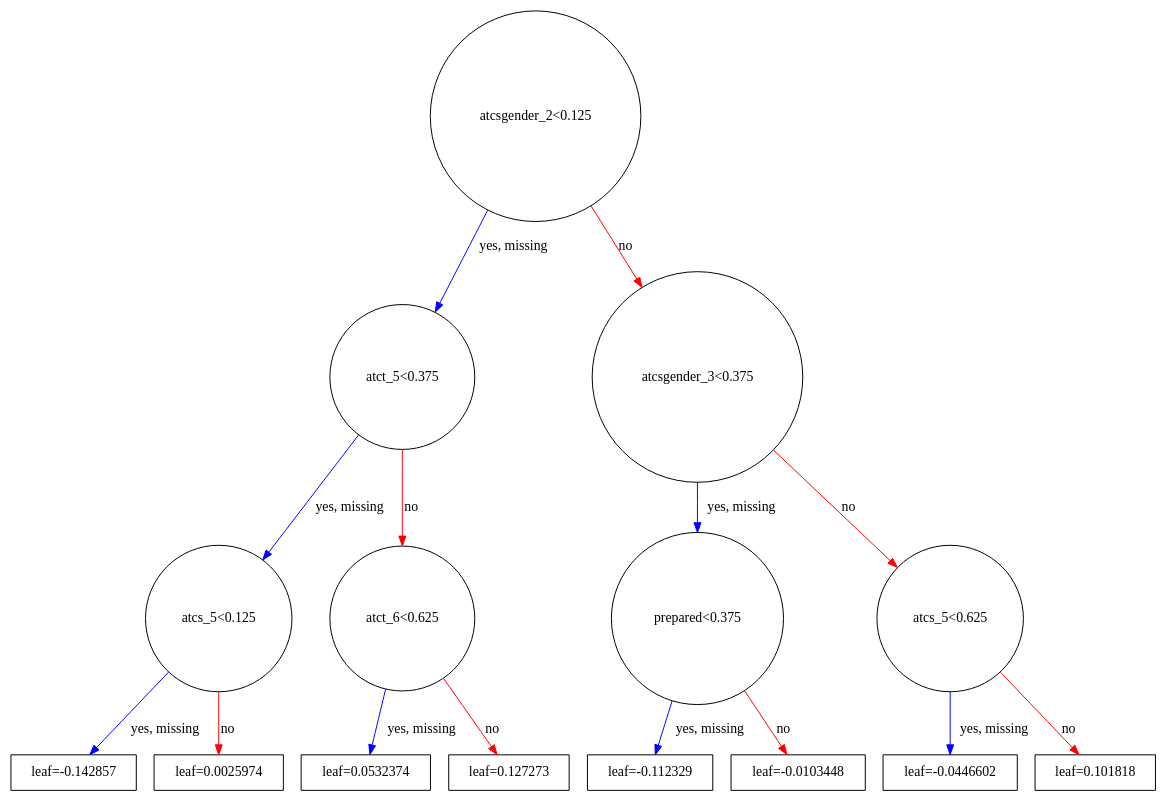
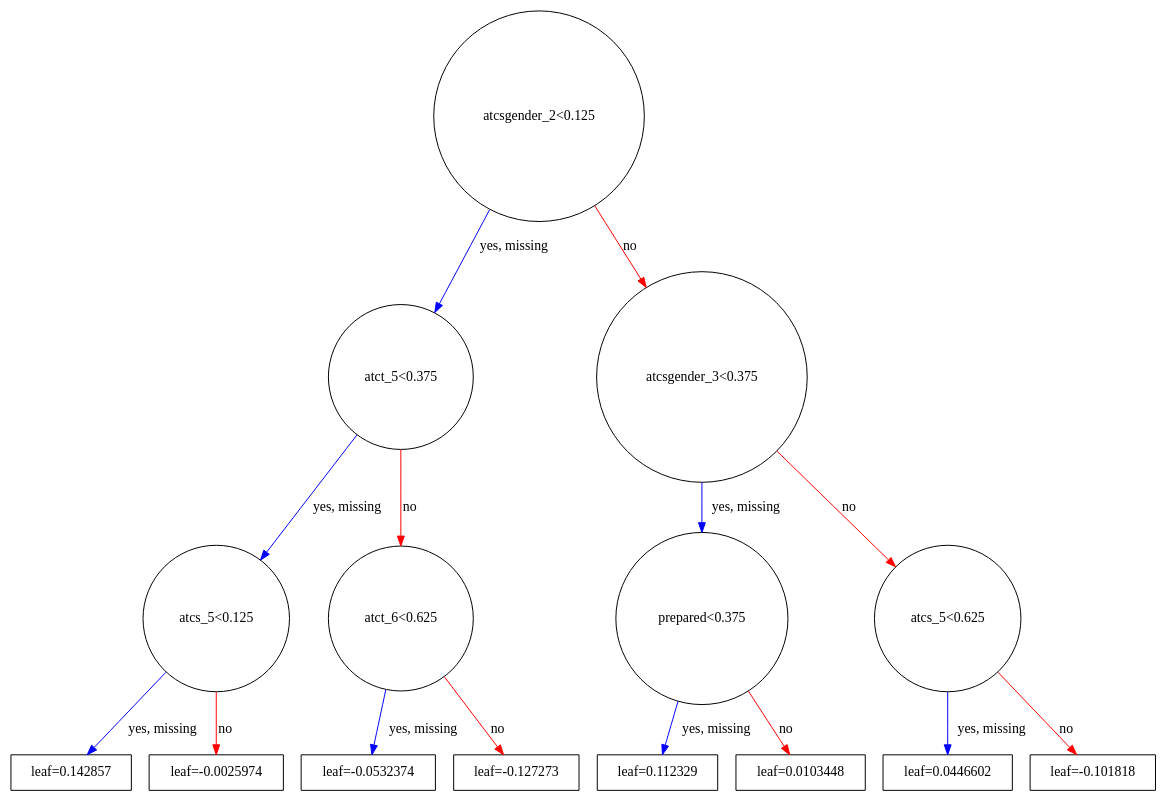
The diagram in report/figures/X_graph.gv (omoju/IntroCSExperiencePrediction), drawn with Graphviz before and after one commit. The commit also changed 6 other files, not shown here.

```diff
--- a/report/figures/X_graph.gv
+++ b/report/figures/X_graph.gv
@@ -1,32 +1,32 @@
 digraph {
 	graph [rankdir=UT]
 		0 [label="atcsgender_2<0.125" shape=circle]
 			0 -> 1 [label="yes, missing" color="#0000FF"]
 			0 -> 2 [label=no color="#FF0000"]
 		1 [label="atct_5<0.375" shape=circle]
 			1 -> 3 [label="yes, missing" color="#0000FF"]
 			1 -> 4 [label=no color="#FF0000"]
 		3 [label="atcs_5<0.125" shape=circle]
 			3 -> 7 [label="yes, missing" color="#0000FF"]
 			3 -> 8 [label=no color="#FF0000"]
-		7 [label="leaf=-0.142857" shape=box]
-		8 [label="leaf=0.0025974" shape=box]
+		7 [label="leaf=0.142857" shape=box]
+		8 [label="leaf=-0.0025974" shape=box]
 		4 [label="atct_6<0.625" shape=circle]
 			4 -> 9 [label="yes, missing" color="#0000FF"]
 			4 -> 10 [label=no color="#FF0000"]
-		9 [label="leaf=0.0532374" shape=box]
-		10 [label="leaf=0.127273" shape=box]
+		9 [label="leaf=-0.0532374" shape=box]
+		10 [label="leaf=-0.127273" shape=box]
 		2 [label="atcsgender_3<0.375" shape=circle]
 			2 -> 5 [label="yes, missing" color="#0000FF"]
 			2 -> 6 [label=no color="#FF0000"]
 		5 [label="prepared<0.375" shape=circle]
 			5 -> 11 [label="yes, missing" color="#0000FF"]
 			5 -> 12 [label=no color="#FF0000"]
-		11 [label="leaf=-0.112329" shape=box]
-		12 [label="leaf=-0.0103448" shape=box]
+		11 [label="leaf=0.112329" shape=box]
+		12 [label="leaf=0.0103448" shape=box]
 		6 [label="atcs_5<0.625" shape=circle]
 			6 -> 13 [label="yes, missing" color="#0000FF"]
 			6 -> 14 [label=no color="#FF0000"]
-		13 [label="leaf=-0.0446602" shape=box]
-		14 [label="leaf=0.101818" shape=box]
+		13 [label="leaf=0.0446602" shape=box]
+		14 [label="leaf=-0.101818" shape=box]
 }
```
